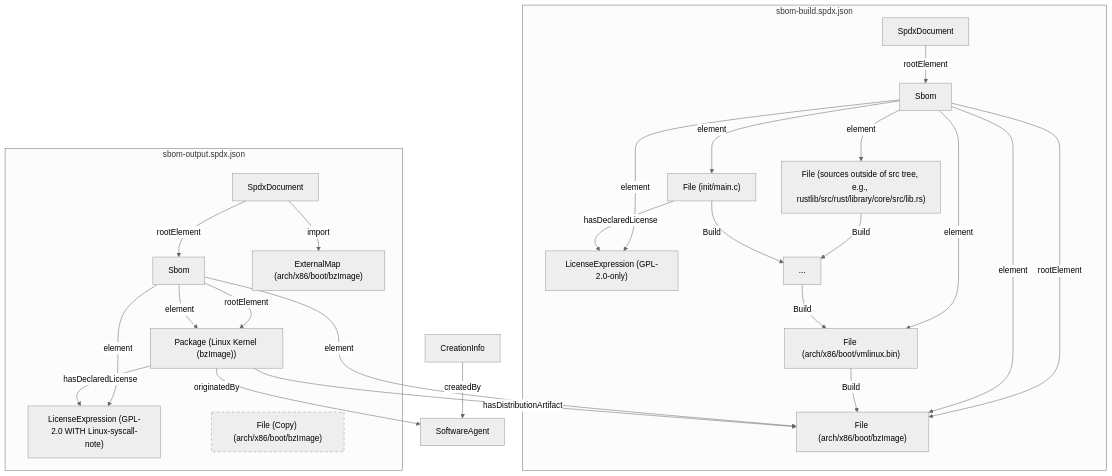
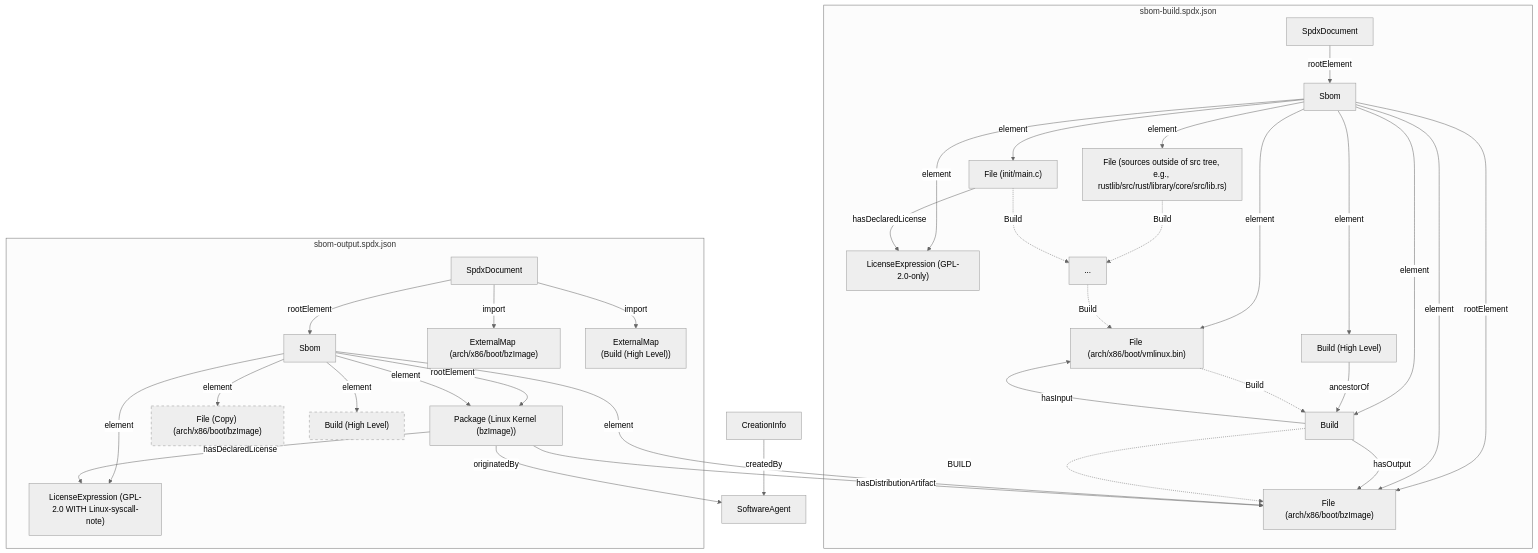
Before and after one commit to TNG/KernelSbom: the second of 2 diagrams in README.md, drawn with Mermaid (neutral theme). The commit also changed other lines of this file and 6 other files, not shown here.

Commit message:
added high-level build element

````diff
--- a/README.md
+++ b/README.md
@@ -165,63 +182,76 @@
 ```mermaid
 flowchart TD
 
     %% SHARED ELEMENTS
     AGENT["SoftwareAgent"]
     CREATION_INFO["CreationInfo"]
 
     CREATION_INFO -->|createdBy| AGENT
 
     %% SPDX DOCUMENTS
     subgraph BUILD_GRAPH["sbom-build.spdx.json"]
         BUILD_DOC["SpdxDocument"]
         BUILD_SBOM["Sbom"]
+        HIGH_LEVEL_BUILD["Build (High Level)"]
+        LOW_LEVEL_BUILD["Build"]
         MAINC["File (init/main.c)"]
         GPL2ONLY_LICENSEEXPRESSION["LicenseExpression (GPL-2.0-only)"]
         VMLINUX_BIN["File (arch/x86/boot/vmlinux.bin)"]
         BZIMAGE["File (arch/x86/boot/bzImage)"]
         DOTDOT["..."]
         RUSTLIB["File (sources outside of src tree, e.g., rustlib/src/rust/library/core/src/lib.rs)"]
         
         BUILD_DOC -->|rootElement| BUILD_SBOM
 
         BUILD_SBOM -->|rootElement| BZIMAGE
         BUILD_SBOM -->|element| RUSTLIB
         BUILD_SBOM -->|element| MAINC
         BUILD_SBOM -->|element| GPL2ONLY_LICENSEEXPRESSION
         BUILD_SBOM -->|element| VMLINUX_BIN
         BUILD_SBOM -->|element| BZIMAGE
+        BUILD_SBOM -->|element| HIGH_LEVEL_BUILD
+        BUILD_SBOM -->|element| LOW_LEVEL_BUILD
 
-        RUSTLIB -->|Build| DOTDOT
-        DOTDOT -->|Build| VMLINUX_BIN
-        VMLINUX_BIN -->|Build| BZIMAGE
+        HIGH_LEVEL_BUILD -->|ancestorOf| LOW_LEVEL_BUILD
+
+        RUSTLIB -.->|Build| DOTDOT
+        DOTDOT -.->|Build| VMLINUX_BIN
+        VMLINUX_BIN -.->|Build| LOW_LEVEL_BUILD
+        LOW_LEVEL_BUILD -->|hasInput| VMLINUX_BIN
+        LOW_LEVEL_BUILD -->|hasOutput| BZIMAGE
+        LOW_LEVEL_BUILD -.->|BUILD| BZIMAGE
         MAINC -->|hasDeclaredLicense| GPL2ONLY_LICENSEEXPRESSION
     end
 
-    MAINC -->|Build| DOTDOT
+    MAINC -.->|Build| DOTDOT
 
     subgraph OUTPUT_GRAPH["sbom-output.spdx.json"]
         OUTPUT_DOC["SpdxDocument"]
         OUTPUT_SBOM["Sbom"]
         PACKAGE["Package (Linux Kernel (bzImage))"]
-        PACKAGE_LICENSEEXPRESSION["LicenseExpression (GPL-2.0 WITH Linux-syscall-note)"]
         BZIMAGE_COPY["File (Copy) (arch/x86/boot/bzImage)"]
         BZIMAGE_EXTERNALMAP["ExternalMap (arch/x86/boot/bzImage)"]
-        
+        HIGH_LEVEL_BUILD_COPY["Build (High Level)"]
+        HIGH_LEVEL_BUILD_EXTERNALMAP["ExternalMap<br>(Build (High Level))"]
+        PACKAGE_LICENSEEXPRESSION["LicenseExpression (GPL-2.0 WITH Linux-syscall-note)"]
 
         style BZIMAGE_COPY stroke-dasharray: 5 5
+        style HIGH_LEVEL_BUILD_COPY stroke-dasharray: 5 5
 
         OUTPUT_DOC -->|rootElement| OUTPUT_SBOM
         OUTPUT_DOC -->|import| BZIMAGE_EXTERNALMAP
+        OUTPUT_DOC -->|import| HIGH_LEVEL_BUILD_EXTERNALMAP
 
         OUTPUT_SBOM -->|rootElement| PACKAGE
         OUTPUT_SBOM -->|element| PACKAGE
         OUTPUT_SBOM -->|element| BZIMAGE
+        OUTPUT_SBOM -->|element| HIGH_LEVEL_BUILD_COPY
+        OUTPUT_SBOM -->|element| BZIMAGE_COPY
         OUTPUT_SBOM -->|element| PACKAGE_LICENSEEXPRESSION
 
         PACKAGE -->|hasDistributionArtifact| BZIMAGE
         PACKAGE -->|hasDeclaredLicense| PACKAGE_LICENSEEXPRESSION
-
     end
 
     PACKAGE -->|originatedBy| AGENT
 ```
````
